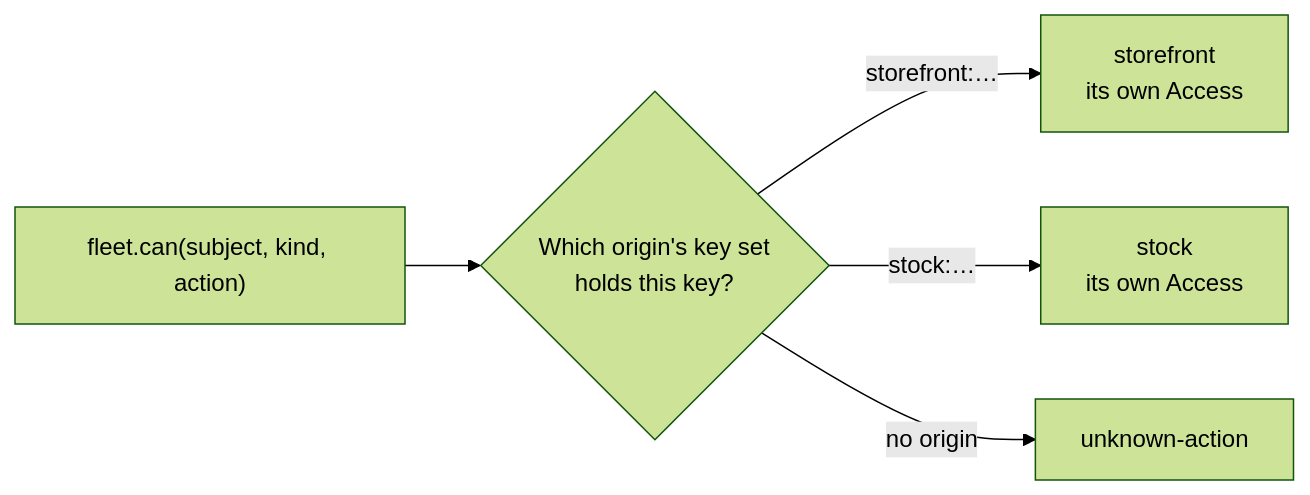
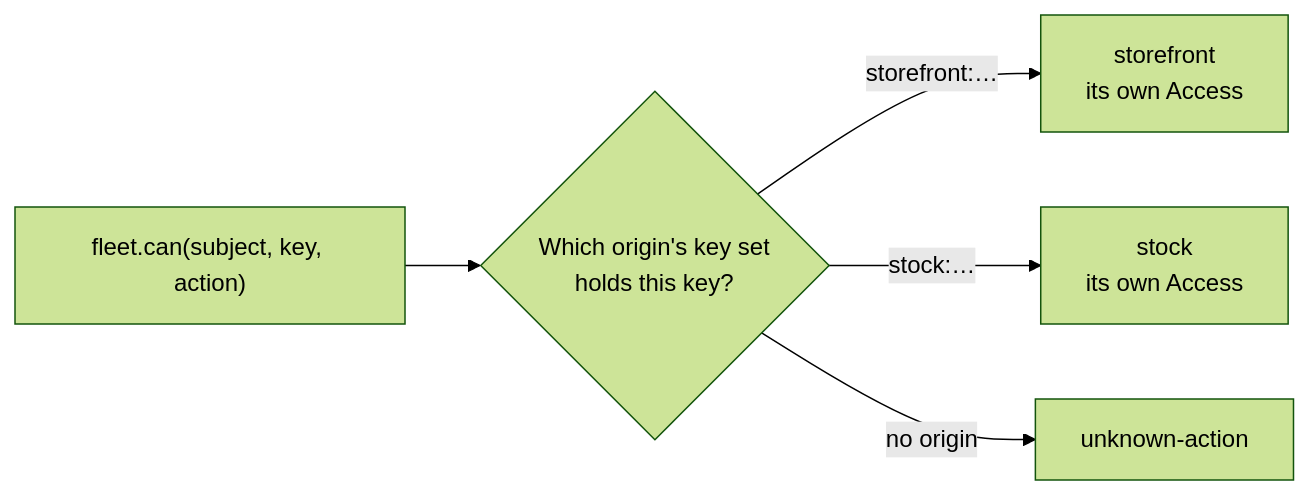
The first of 2 diagrams in apps/docs/content/next/acl/federation.mdx (Evanion/libraries), drawn with Mermaid (forest theme) before and after one commit. The commit also changed other lines of this file and 53 other files, not shown here.

````diff
--- a/apps/docs/content/next/acl/federation.mdx
+++ b/apps/docs/content/next/acl/federation.mdx
@@ -46,7 +46,7 @@
 ```mermaid caption="The routing logic of a federated view. A request for a permission is routed to the specific service evaluator that owns that key. If the key is not found in any registered evaluator, the view returns a refusal."
 flowchart LR
-  C["fleet.can(subject, kind, action)"] --> R{"Which origin's key set<br>holds this key?"}:::accent
+  C["fleet.can(subject, key, action)"] --> R{"Which origin's key set<br>holds this key?"}:::accent
   R -->|"storefront:…"| O["storefront<br>its own Access"]
   R -->|"stock:…"| B["stock<br>its own Access"]
   R -->|"no origin"| U["unknown-action"]
 ```
````
